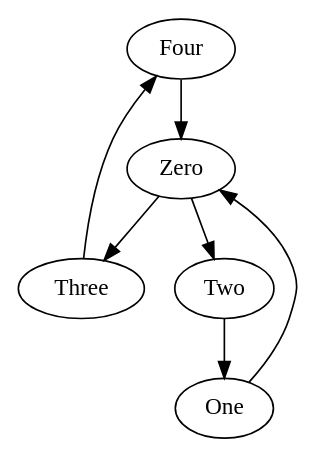
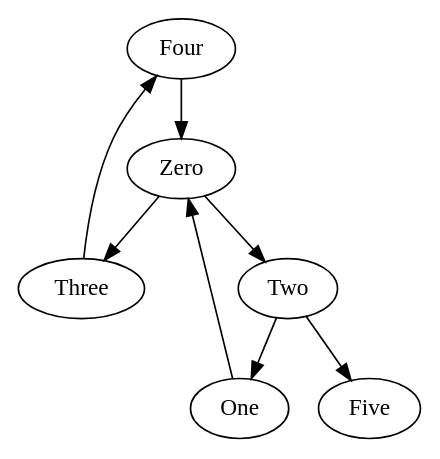
The diagram in project/Graph.dot (Georgilqlq/city_map_project), drawn with Graphviz before and after one commit. The commit also changed 6 other files, not shown here.

```diff
--- a/project/Graph.dot
+++ b/project/Graph.dot
@@ -1,8 +1,9 @@
 digraph visual{
 Four->Zero[weight=72];
 One->Zero[weight=10];
 Three->Four[weight=19];
+Two->Five[weight=31];
 Two->One[weight=41];
 Zero->Three[weight=15];
 Zero->Two[weight=11];
 }
```
